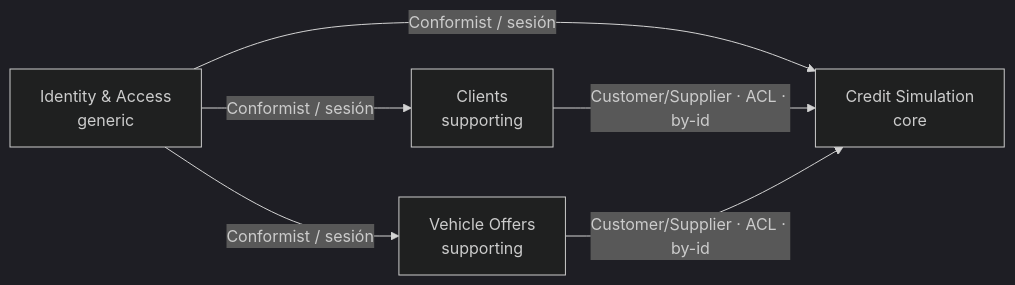
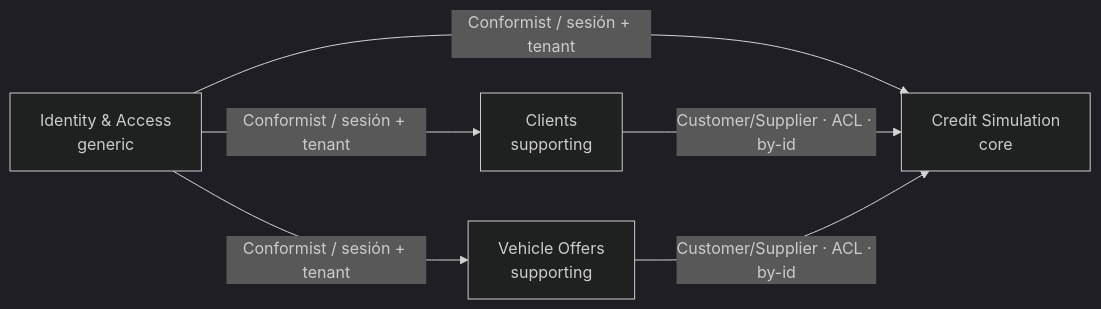
Before and after one commit to autofinancelabs/autofinance-api: the diagram in docs/ddd/bounded-contexts.md, drawn with Mermaid (dark theme). The commit also changed other lines of this file and 15 other files, not shown here.

````diff
--- a/docs/ddd/bounded-contexts.md
+++ b/docs/ddd/bounded-contexts.md
@@ -84,13 +91,13 @@
 ```mermaid
 flowchart LR
     IAM[Identity & Access\ngeneric]
     CL[Clients\nsupporting]
     VO[Vehicle Offers\nsupporting]
     CS[Credit Simulation\ncore]
 
-    IAM -->|Conformist / sesión| CL
-    IAM -->|Conformist / sesión| VO
-    IAM -->|Conformist / sesión| CS
+    IAM -->|Conformist / sesión + tenant| CL
+    IAM -->|Conformist / sesión + tenant| VO
+    IAM -->|Conformist / sesión + tenant| CS
     CL -->|Customer/Supplier · ACL · by-id| CS
     VO -->|Customer/Supplier · ACL · by-id| CS
 ```
````
